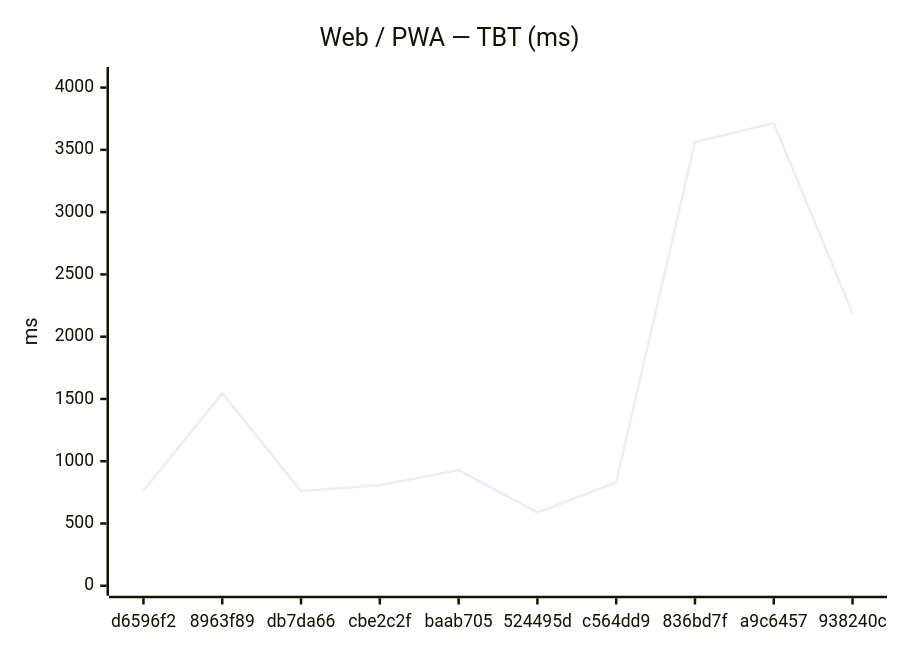
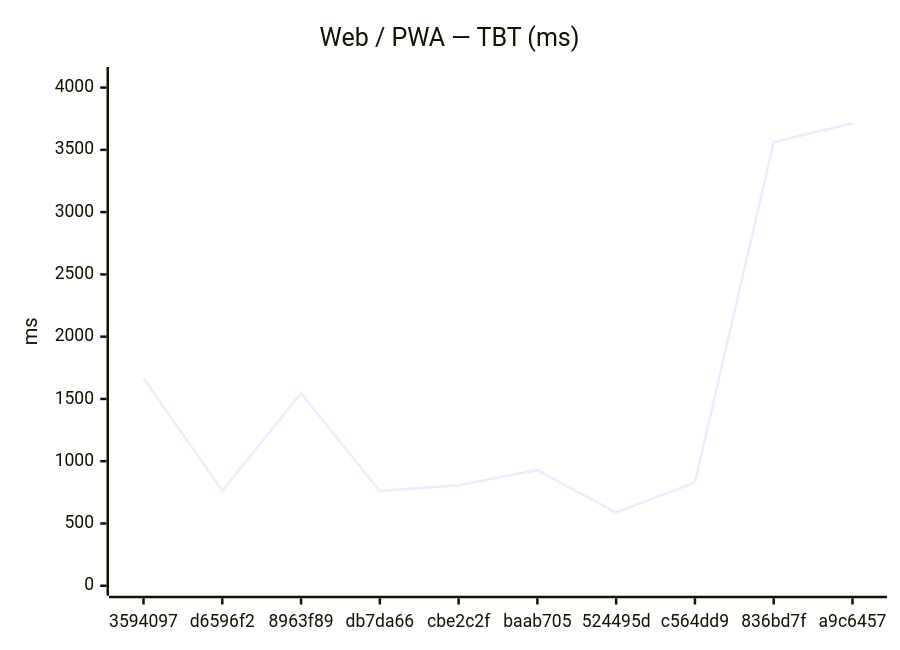
The second of 12 diagrams in benchmarks/compare.md (Metaheurist/Rianell), drawn with Mermaid before and after one commit. The commit also changed other lines of this file and 8 other files, not shown here.

````diff
--- a/benchmarks/compare.md
+++ b/benchmarks/compare.md
@@ -31,7 +31,7 @@
 ```mermaid
 xychart-beta
     title "Web / PWA — TBT (ms)"
-    x-axis ["d6596f2", "8963f89", "db7da66", "cbe2c2f", "baab705", "524495d", "c564dd9", "836bd7f", "a9c6457", "938240c"]
+    x-axis ["3594097", "d6596f2", "8963f89", "db7da66", "cbe2c2f", "baab705", "524495d", "c564dd9", "836bd7f", "a9c6457"]
     y-axis "ms" 0 --> 4085
-    line [764, 1546, 761, 807, 929, 588, 830, 3562, 3713, 2187]
+    line [1666, 764, 1546, 761, 807, 929, 588, 830, 3562, 3713]
 ```
````
